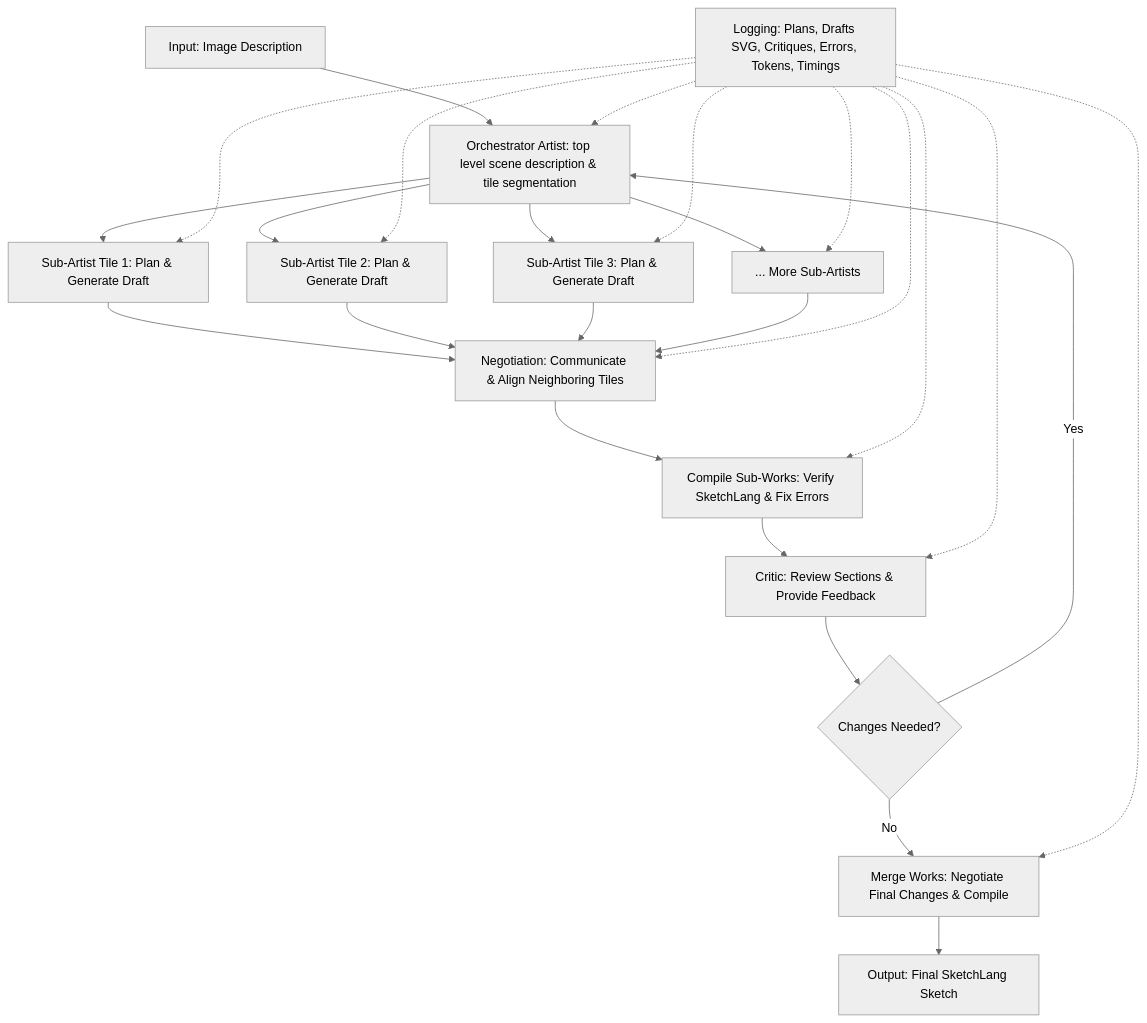
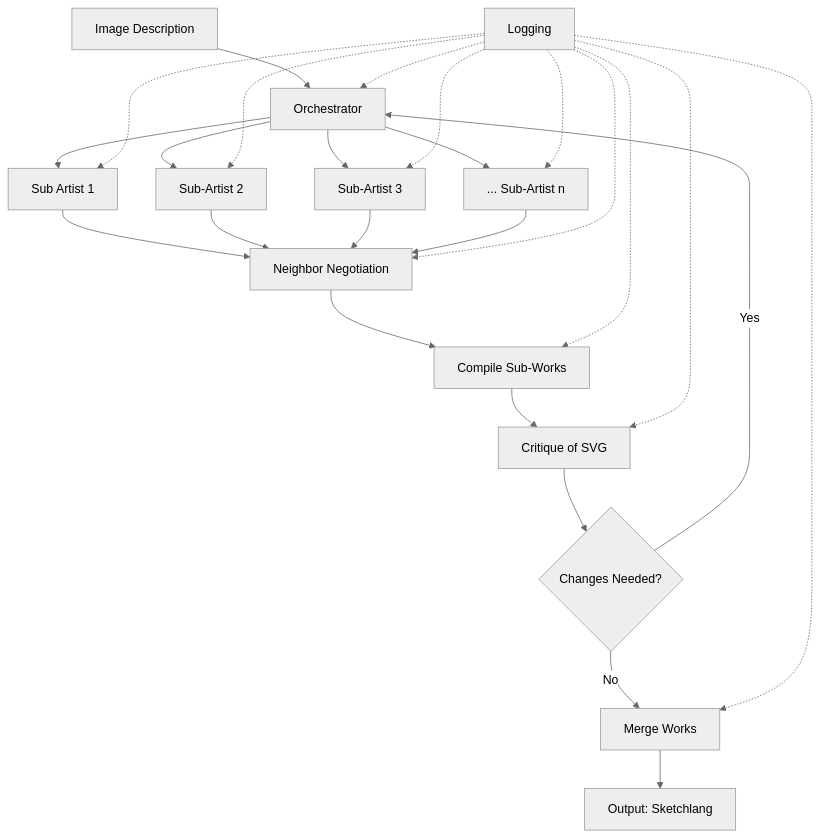
One commit to TheMaslowsDilemma/sketchthis-studio changed the diagram in README.md. Above: the diagram before and after it, drawn with Mermaid (neutral theme).

Commit message:
refine flow chart

````diff
--- a/README.md
+++ b/README.md
@@ -20,19 +20,19 @@
 ```mermaid
 flowchart TD
-    A[Input: Image Description] --> B[Orchestrator Artist: top level scene description & tile segmentation]
-    B --> C1[Sub-Artist Tile 1: Plan & Generate Draft]
-    B --> C2[Sub-Artist Tile 2: Plan & Generate Draft]
-    B --> C3[Sub-Artist Tile 3: Plan & Generate Draft]
-    B --> Cn[... More Sub-Artists]
-    C1 --> D[Negotiation: Communicate & Align Neighboring Tiles]
+    A[Image Description] --> B[Orchestrator]
+    B --> C1[Sub Artist 1]
+    B --> C2[Sub-Artist 2]
+    B --> C3[Sub-Artist 3]
+    B --> Cn[... Sub-Artist n]
+    C1 --> D[Neighbor Negotiation]
     C2 --> D
     C3 --> D
     Cn --> D
-    D --> E[Compile Sub-Works: Verify SketchLang & Fix Errors]
-    E --> F[Critic: Review Sections & Provide Feedback]
+    D --> E[Compile Sub-Works]
+    E --> F[Critique of SVG]
     F --> G{Changes Needed?}
     G -->|Yes| B
-    G -->|No| H[Merge Works: Negotiate Final Changes & Compile]
-    H --> I[Output: Final SketchLang Sketch]
-    J[Logging: Plans, Drafts SVG, Critiques, Errors, Tokens, Timings] -.-> B & C1 & C2 & C3 & Cn & D & E & F & H
+    G -->|No| H[Merge Works]
+    H --> I[Output: Sketchlang]
+    J[Logging] -.-> B & C1 & C2 & C3 & Cn & D & E & F & H
 ```
````
